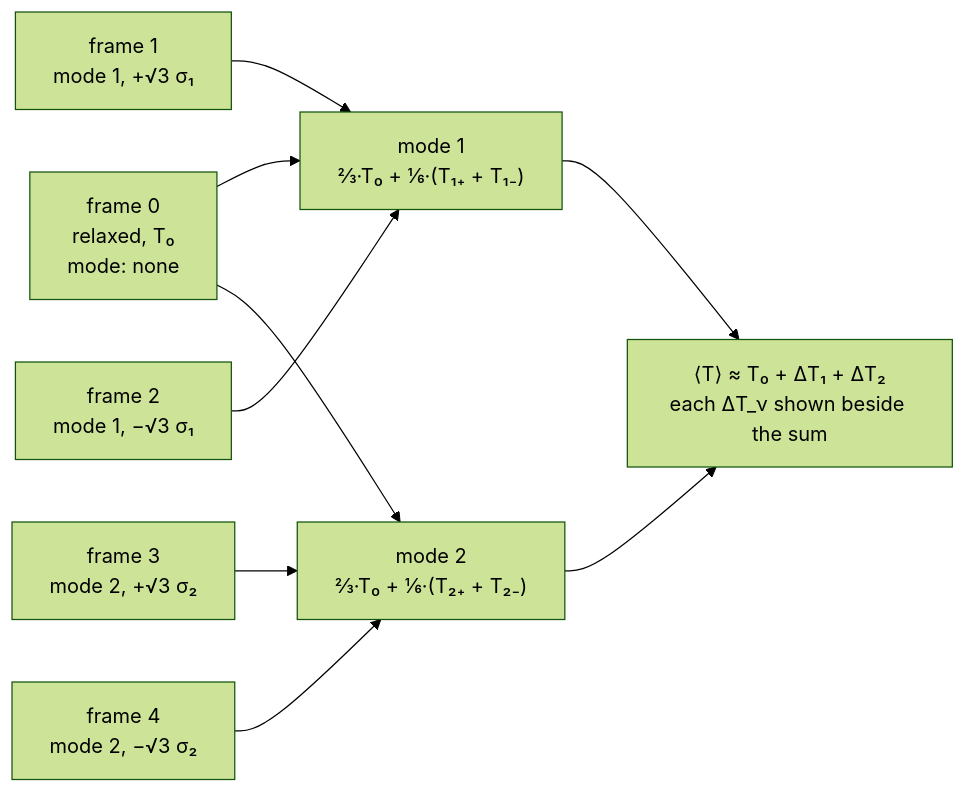
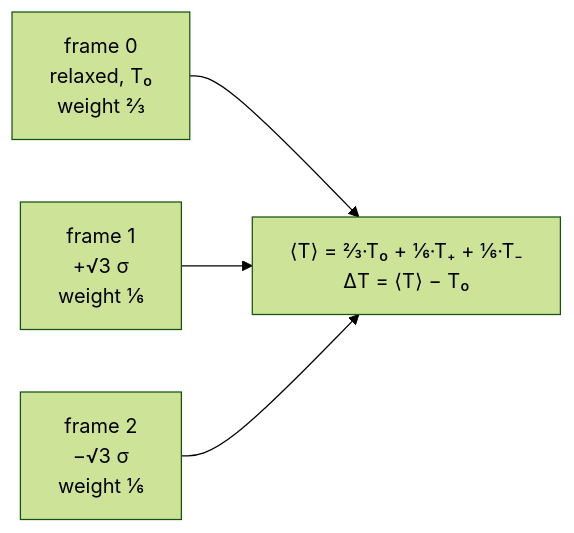
Before and after one commit to Qing-LAB/molbuilder: the sixth of 6 diagrams in docs/science/vibrational-averaging.md, drawn with Mermaid (forest theme). The commit also changed other lines of this file and 9 other files, not shown here.

````diff
--- a/docs/science/vibrational-averaging.md
+++ b/docs/science/vibrational-averaging.md
@@ -386,11 +369,6 @@
 ```mermaid
 flowchart LR
-    F0["frame 0<br/>relaxed, T₀<br/>mode: none"] --> M1["mode 1<br/>⅔·T₀ + ⅙·(T₁₊ + T₁₋)"]
-    F1["frame 1<br/>mode 1, +√3 σ₁"] --> M1
-    F2["frame 2<br/>mode 1, −√3 σ₁"] --> M1
-    F0 --> M2["mode 2<br/>⅔·T₀ + ⅙·(T₂₊ + T₂₋)"]
-    F3["frame 3<br/>mode 2, +√3 σ₂"] --> M2
-    F4["frame 4<br/>mode 2, −√3 σ₂"] --> M2
-    M1 --> S["⟨T⟩ ≈ T₀ + ΔT₁ + ΔT₂<br/>each ΔT_ν shown beside the sum"]
-    M2 --> S
+    F0["frame 0<br/>relaxed, T₀<br/>weight ⅔"] --> M["⟨T⟩ = ⅔·T₀ + ⅙·T₊ + ⅙·T₋<br/>ΔT = ⟨T⟩ − T₀"]
+    F1["frame 1<br/>+√3 σ<br/>weight ⅙"] --> M
+    F2["frame 2<br/>−√3 σ<br/>weight ⅙"] --> M
 ```
````
